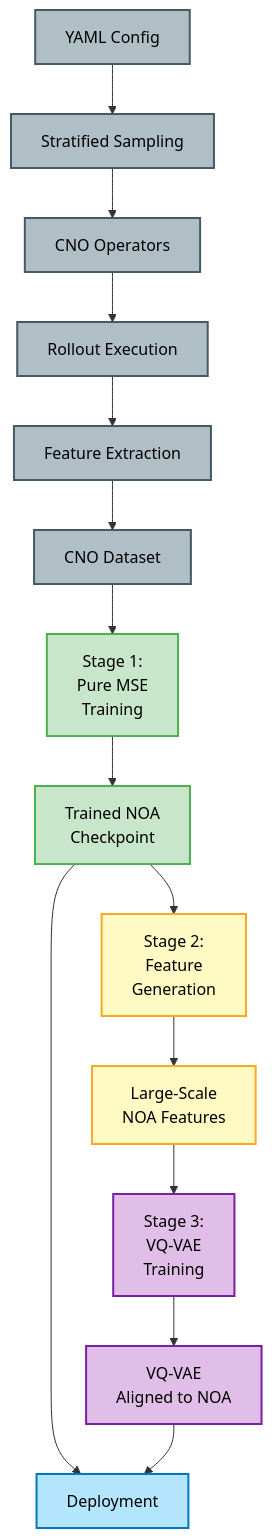
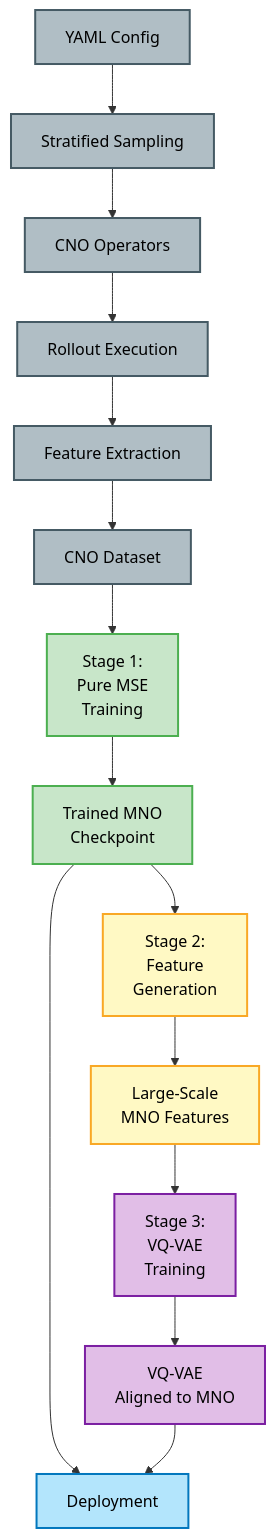
Before and after one commit to dgabriele/spinlock: the first of 2 diagrams in docs/architecture.md, drawn with Mermaid. The commit also changed other lines of this file and 3 other files, not shown here.

First line of the commit message:
docs: distinguish MNO (Meta-Neural Operator) from NOA (Neural Operator Agent)

````diff
--- a/docs/architecture.md
+++ b/docs/architecture.md
@@ -9,32 +9,32 @@
 ```mermaid
 flowchart TB
     Config[YAML Config] --> Sampling[Stratified Sampling]
     Sampling --> CNOs[CNO Operators]
     CNOs --> Rollouts[Rollout Execution]
     Rollouts --> Extract[Feature Extraction]
     Extract --> CNOData[CNO Dataset]
 
     CNOData --> Stage1[Stage 1:<br/>Pure MSE<br/>Training]
-    Stage1 --> NOACheckpoint[Trained NOA<br/>Checkpoint]
+    Stage1 --> MNOCheckpoint[Trained MNO<br/>Checkpoint]
 
-    NOACheckpoint --> Stage2[Stage 2:<br/>Feature<br/>Generation]
-    Stage2 --> NOAFeatures[Large-Scale<br/>NOA Features]
+    MNOCheckpoint --> Stage2[Stage 2:<br/>Feature<br/>Generation]
+    Stage2 --> MNOFeatures[Large-Scale<br/>MNO Features]
 
-    NOAFeatures --> Stage3[Stage 3:<br/>VQ-VAE<br/>Training]
-    Stage3 --> VQVAEModel[VQ-VAE<br/>Aligned to NOA]
+    MNOFeatures --> Stage3[Stage 3:<br/>VQ-VAE<br/>Training]
+    Stage3 --> VQVAEModel[VQ-VAE<br/>Aligned to MNO]
 
-    NOACheckpoint --> Final[Deployment]
+    MNOCheckpoint --> Final[Deployment]
     VQVAEModel --> Final
 
     classDef phase0 fill:#b0bec5,stroke:#455a64,stroke-width:2px,color:#000
     classDef stage1 fill:#c8e6c9,stroke:#4caf50,stroke-width:2px,color:#000
     classDef stage2 fill:#fff9c4,stroke:#f9a825,stroke-width:2px,color:#000
     classDef stage3 fill:#e1bee7,stroke:#7b1fa2,stroke-width:2px,color:#000
     classDef deployment fill:#b3e5fc,stroke:#0277bd,stroke-width:2px,color:#000
 
     class Config,Sampling,CNOs,Rollouts,Extract,CNOData phase0
-    class Stage1,NOACheckpoint stage1
-    class Stage2,NOAFeatures stage2
+    class Stage1,MNOCheckpoint stage1
+    class Stage2,MNOFeatures stage2
     class Stage3,VQVAEModel stage3
     class Final deployment
 ```
````
